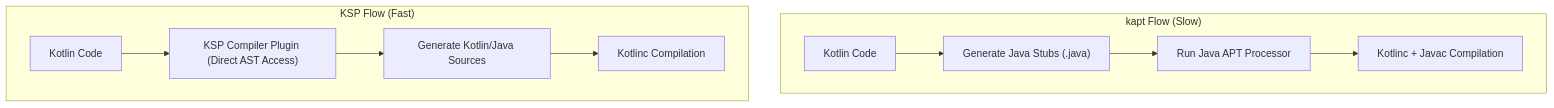
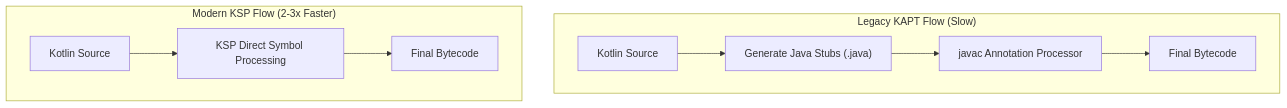
One commit to youngmin-gwon/what-i-studied changed the diagram in 01_inbox/mobile/android/03_packaging_deployment/build/dependency-versioning/dependency-ci-contracts/ksp-is-kotlin-first-code-generation-and-kapt-is-maintenance-mode.md. Above: the diagram before and after it, drawn with Mermaid. The commit also changed other lines of this file and 134 other files, not shown here.

````diff
--- a/01_inbox/mobile/android/03_packaging_deployment/build/dependency-versioning/dependency-ci-contracts/ksp-is-kotlin-first-code-generation-and-kapt-is-maintenance-mode.md
+++ b/01_inbox/mobile/android/03_packaging_deployment/build/dependency-versioning/dependency-ci-contracts/ksp-is-kotlin-first-code-generation-and-kapt-is-maintenance-mode.md
@@ -19,14 +25,13 @@
 ```mermaid
 flowchart TD
-    subgraph kaptFlow ["kapt Flow (Slow)"]
-        KCode1["Kotlin Code"] --> StubGen["Generate Java Stubs (.java)"]
-        StubGen --> JavaAPT["Run Java APT Processor"]
-        JavaAPT --> Bytecode1["Kotlinc + Javac Compilation"]
+    subgraph KAPT_Flow ["Legacy KAPT Flow (Slow)"]
+        KT1["Kotlin Source"] --> StubGen["Generate Java Stubs (.java)"]
+        StubGen --> JavacAPT["javac Annotation Processor"]
+        JavacAPT --> Comp1["Final Bytecode"]
     end
 
-    subgraph kspFlow ["KSP Flow (Fast)"]
-        KCode2["Kotlin Code"] --> KSPPlugin["KSP Compiler Plugin (Direct AST Access)"]
-        KSPPlugin --> GeneratedCode["Generate Kotlin/Java Sources"]
-        GeneratedCode --> Bytecode2["Kotlinc Compilation"]
+    subgraph KSP_Flow ["Modern KSP Flow (2-3x Faster)"]
+        KT2["Kotlin Source"] --> KSPProc["KSP Direct Symbol Processing"]
+        KSPProc --> Comp2["Final Bytecode"]
     end
 ```
````
